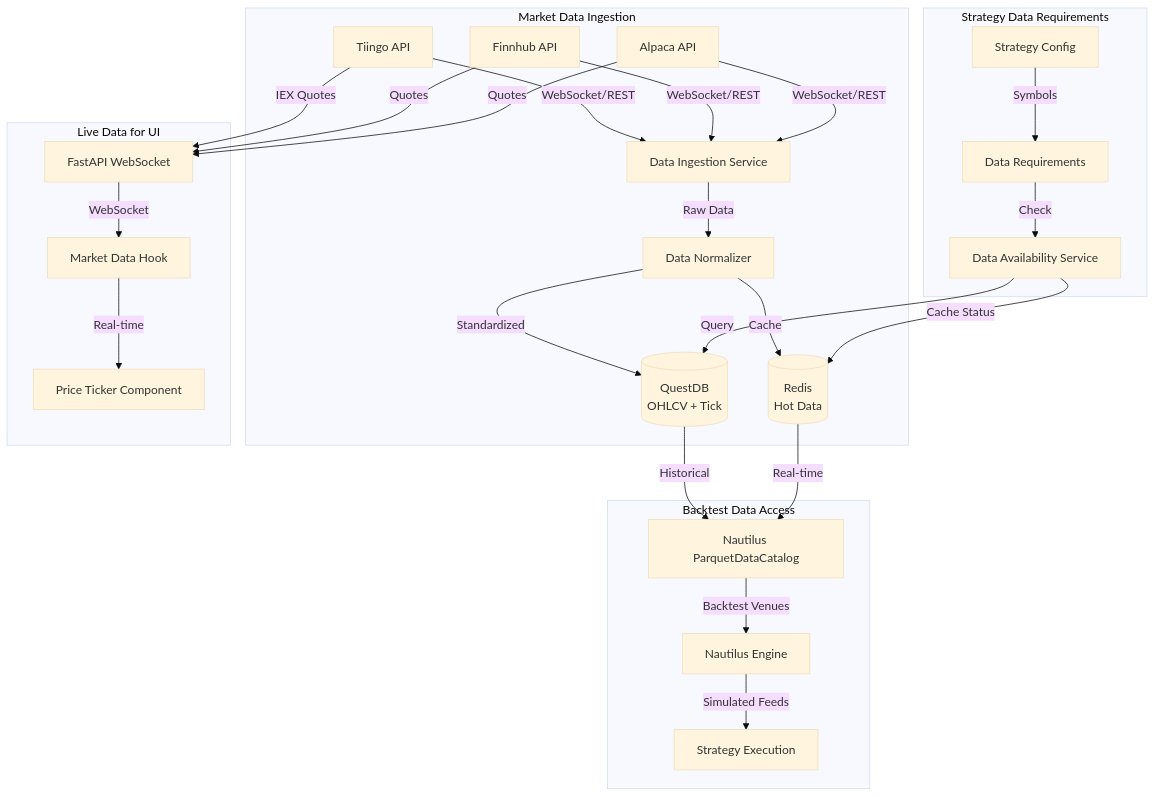
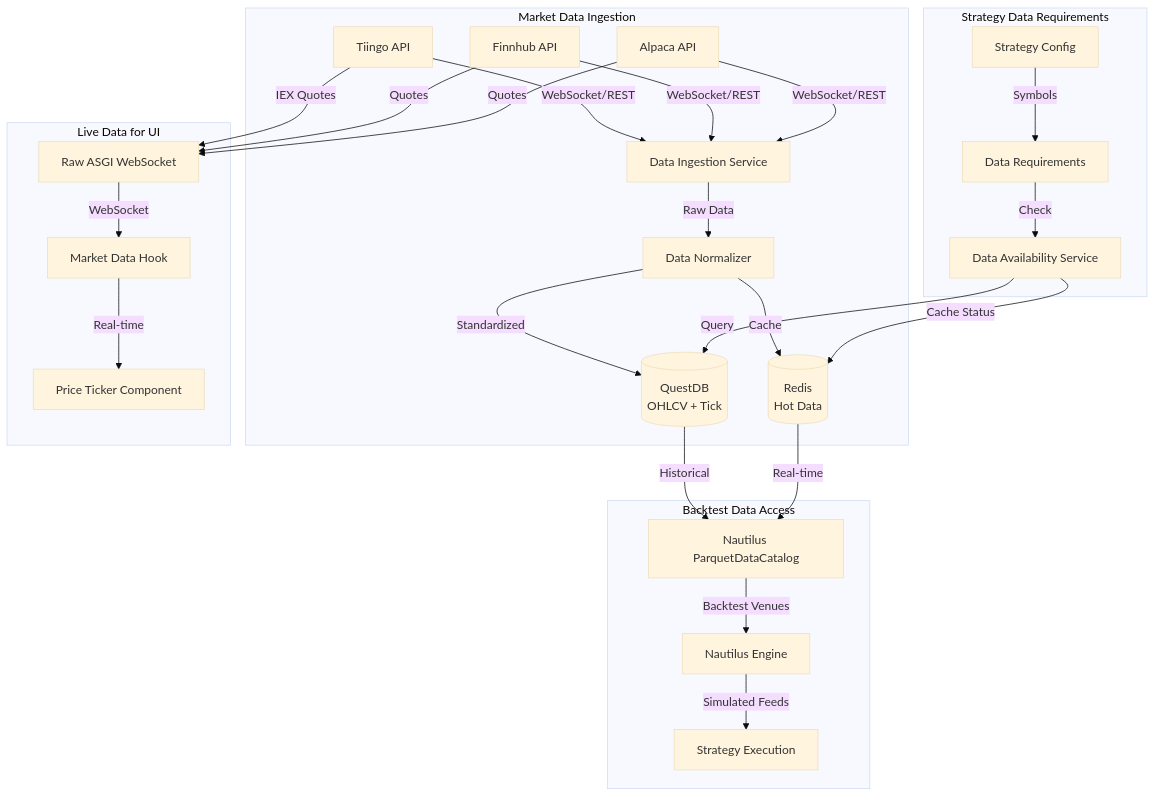
One commit to huydhoang/quantlens-docs changed the fifth of 9 diagrams in ARCHITECTURE.md. Above: the diagram before and after it, drawn with Mermaid (base theme). The commit also changed other lines of this file and 11 other files, not shown here.

Commit message:
Rename asgi_web_server.md to backend_server.md and update all docs

````diff
--- a/ARCHITECTURE.md
+++ b/ARCHITECTURE.md
@@ -185,35 +185,35 @@
 ```mermaid
 graph TB
     subgraph "Market Data Ingestion"
         T[Tiingo API] -->|WebSocket/REST| C[Data Ingestion Service]
         F[Finnhub API] -->|WebSocket/REST| C
         A[Alpaca API] -->|WebSocket/REST| C
         
         C -->|Raw Data| D[Data Normalizer]
         D -->|Standardized| E[(QuestDB<br/>OHLCV + Tick)]
         D -->|Cache| R[(Redis<br/>Hot Data)]
     end
     
     subgraph "Backtest Data Access"
         E -->|Historical| G[Nautilus ParquetDataCatalog]
         R -->|Real-time| G
         
         G -->|Backtest Venues| H[Nautilus Engine]
         H -->|Simulated Feeds| I[Strategy Execution]
     end
     
     subgraph "Live Data for UI"
-        T -->|IEX Quotes| J[FastAPI WebSocket]
+        T -->|IEX Quotes| J[Raw ASGI WebSocket]
         F -->|Quotes| J
         A -->|Quotes| J
         J -->|WebSocket| K[Market Data Hook]
         K -->|Real-time| L[Price Ticker Component]
     end
     
     subgraph "Strategy Data Requirements"
         M[Strategy Config] -->|Symbols| N[Data Requirements]
         N -->|Check| O[Data Availability Service]
         O -->|Query| E
         O -->|Cache Status| R
     end
 ```
````
